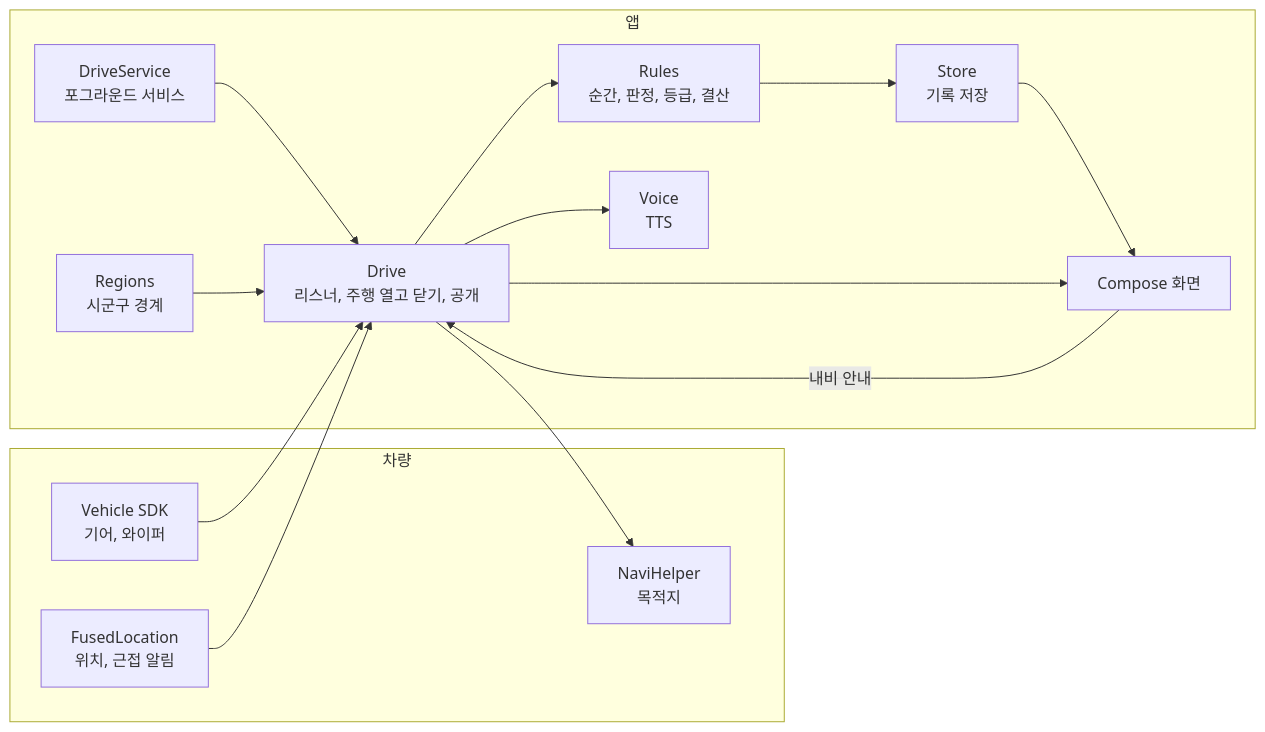
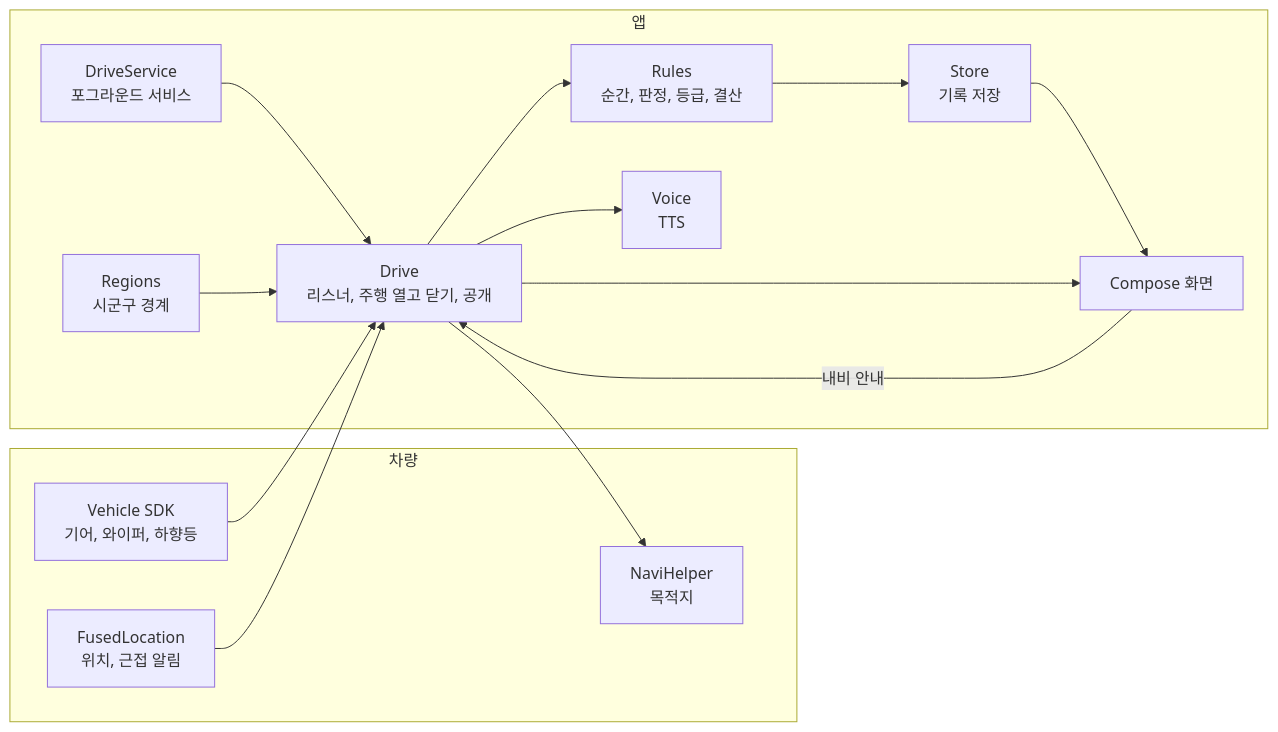
The diagram in README.md (wjdtkdgns777/chagok), drawn with Mermaid before and after one commit. The commit also changed other lines of this file and 4 other files, not shown here.

````diff
--- a/README.md
+++ b/README.md
@@ -155,27 +155,27 @@
 ```mermaid
 flowchart LR
     subgraph 차량
-        V[Vehicle SDK<br>기어, 와이퍼]
+        V[Vehicle SDK<br>기어, 와이퍼, 하향등]
         F[FusedLocation<br>위치, 근접 알림]
         N[NaviHelper<br>목적지]
     end
     subgraph 앱
         SV[DriveService<br>포그라운드 서비스]
         D[Drive<br>리스너, 주행 열고 닫기, 공개]
         R[Rules<br>순간, 판정, 등급, 결산]
         RG[Regions<br>시군구 경계]
         S[Store<br>기록 저장]
         VO[Voice<br>TTS]
         UI[Compose 화면]
     end
     SV --> D
     V --> D
     F --> D
     D --> R
     RG --> D
     R --> S
     D --> VO
     S --> UI
     D --> UI
     UI -- 내비 안내 --> D --> N
 ```
````
